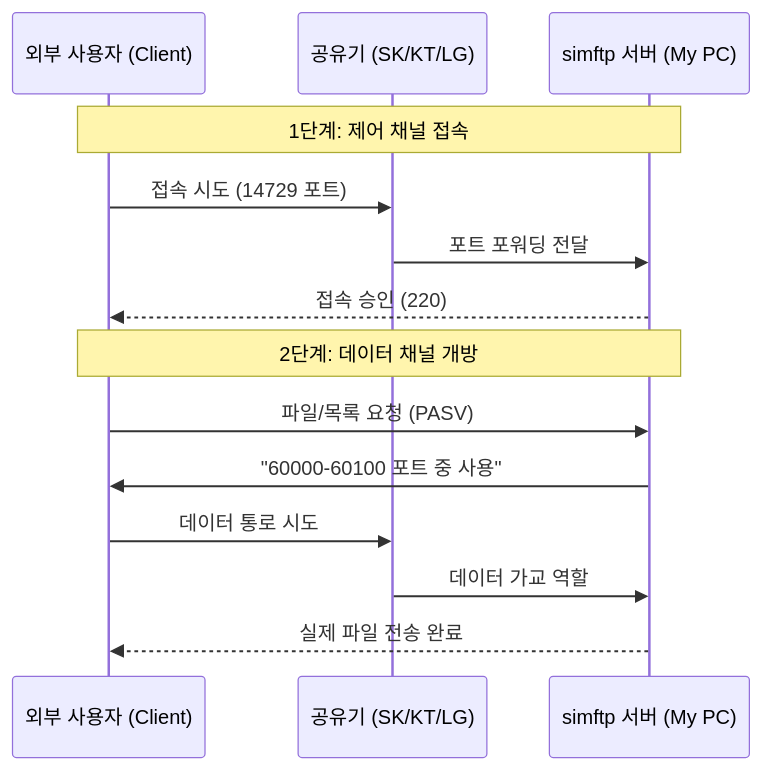
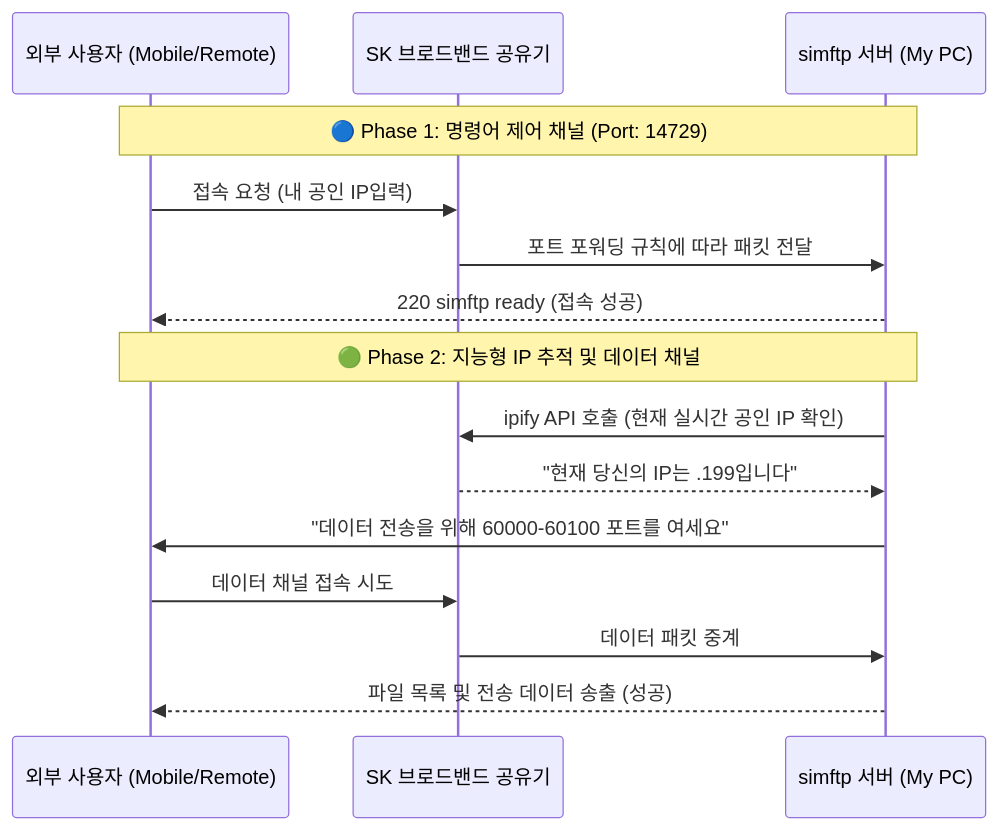
One commit to hslcrb/simftp changed the second of 2 diagrams in README.md. Above: the diagram before and after it, drawn with Mermaid. The commit also changed other lines of this file, not shown here.

Commit message:
Docs: Complete overhaul of README.md with detailed professional architecture and flow diagrams

````diff
--- a/README.md
+++ b/README.md
@@ -51,18 +50,19 @@
 ```mermaid
 sequenceDiagram
-    participant User as 외부 사용자 (Client)
-    participant Router as 공유기 (SK/KT/LG)
-    participant Server as simftp 서버 (My PC)
+    participant Client as 외부 사용자 (Mobile/Remote)
+    participant SK_Router as SK 브로드밴드 공유기
+    participant simftp as simftp 서버 (My PC)
 
-    Note over User, Server: 1단계: 제어 채널 접속
-    User->>Router: 접속 시도 (14729 포트)
-    Router->>Server: 포트 포워딩 전달
-    Server-->>User: 접속 승인 (220)
+    Note over Client, simftp: 🔵 Phase 1: 명령어 제어 채널 (Port: 14729)
+    Client->>SK_Router: 접속 요청 (내 공인 IP입력)
+    SK_Router->>simftp: 포트 포워딩 규칙에 따라 패킷 전달
+    simftp-->>Client: 220 simftp ready (접속 성공)
 
-    Note over User, Server: 2단계: 데이터 채널 개방
-    User->>Server: 파일/목록 요청 (PASV)
-    Server->>User: "60000-60100 포트 중 사용"
-    User->>Router: 데이터 통로 시도
-    Router->>Server: 데이터 가교 역할
-    Server-->>User: 실제 파일 전송 완료
+    Note over Client, simftp: 🟢 Phase 2: 지능형 IP 추적 및 데이터 채널
+    simftp->>SK_Router: ipify API 호출 (현재 실시간 공인 IP 확인)
+    SK_Router-->>simftp: "현재 당신의 IP는 .199입니다"
+    simftp->>Client: "데이터 전송을 위해 60000-60100 포트를 여세요"
+    Client->>SK_Router: 데이터 채널 접속 시도
+    SK_Router->>simftp: 데이터 패킷 중계
+    simftp-->>Client: 파일 목록 및 전송 데이터 송출 (성공)
 ```
````
